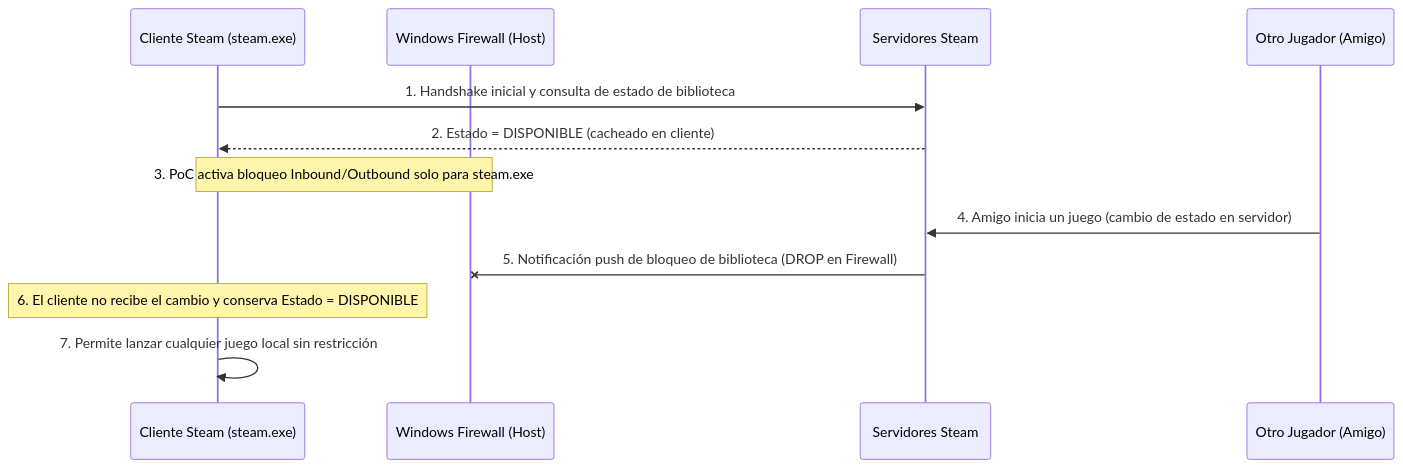
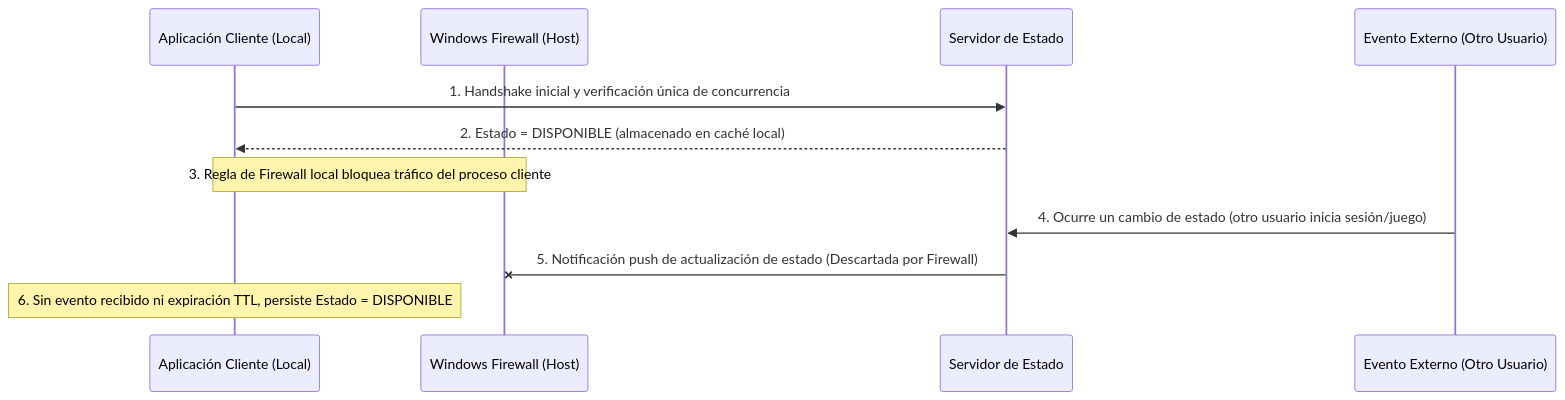
The diagram in README.md (albervad/launcher), drawn with Mermaid before and after one commit. The commit also changed other lines of this file and 1 other file, not shown here.

Commit message:
Add formal legal/ethical disclaimer and white-hat architectural framing

````diff
--- a/README.md
+++ b/README.md
@@ -24,15 +31,14 @@
 ```mermaid
 sequenceDiagram
-    participant C as Cliente Steam (steam.exe)
+    participant C as Aplicación Cliente (Local)
     participant FW as Windows Firewall (Host)
-    participant S as Servidores Steam
-    participant A as Otro Jugador (Amigo)
+    participant S as Servidor de Estado
+    participant A as Evento Externo (Otro Usuario)
 
-    C->>S: 1. Handshake inicial y consulta de estado de biblioteca
-    S-->>C: 2. Estado = DISPONIBLE (cacheado en cliente)
-    Note over C,FW: 3. PoC activa bloqueo Inbound/Outbound solo para steam.exe
-    A->>S: 4. Amigo inicia un juego (cambio de estado en servidor)
-    S-xFW: 5. Notificación push de bloqueo de biblioteca (DROP en Firewall)
-    Note over C: 6. El cliente no recibe el cambio y conserva Estado = DISPONIBLE
-    C->>C: 7. Permite lanzar cualquier juego local sin restricción
+    C->>S: 1. Handshake inicial y verificación única de concurrencia
+    S-->>C: 2. Estado = DISPONIBLE (almacenado en caché local)
+    Note over C,FW: 3. Regla de Firewall local bloquea tráfico del proceso cliente
+    A->>S: 4. Ocurre un cambio de estado (otro usuario inicia sesión/juego)
+    S-xFW: 5. Notificación push de actualización de estado (Descartada por Firewall)
+    Note over C: 6. Sin evento recibido ni expiración TTL, persiste Estado = DISPONIBLE
 ```
````
